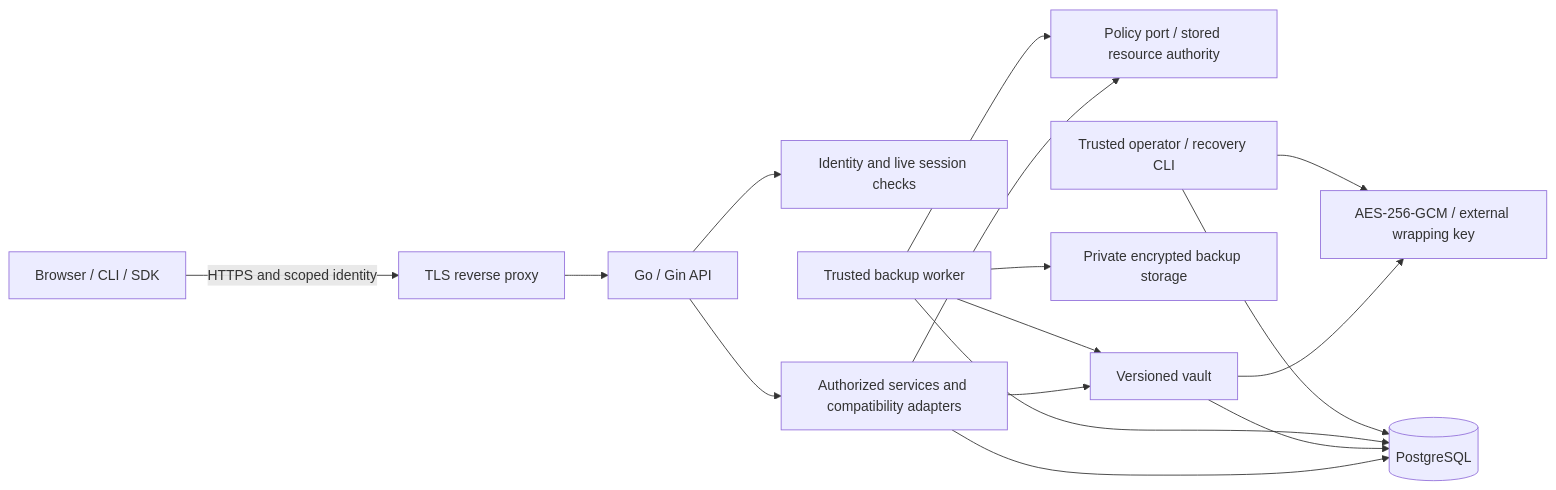
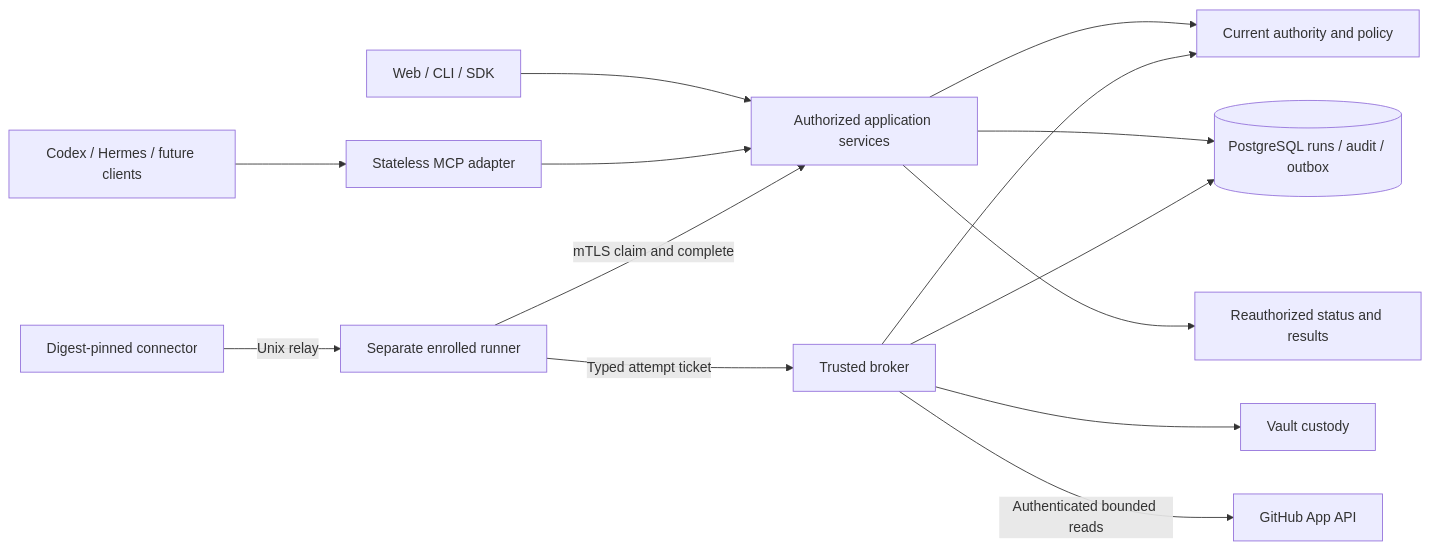
The diagram in docs/ARCHITECTURE.md (santapong/KeepSave), drawn with Mermaid before and after one commit. The commit also changed other lines of this file and 119 other files, not shown here.

Commit message:
docs: refresh KeepSave architecture, branding and project structure

````diff
--- a/docs/ARCHITECTURE.md
+++ b/docs/ARCHITECTURE.md
@@ -13,18 +20,16 @@
 ```mermaid
 flowchart LR
-    U[Browser / CLI / SDK] -->|HTTPS and scoped identity| E[TLS reverse proxy]
-    E --> API[Go / Gin API]
-    API --> ID[Identity and live session checks]
-    API --> S[Authorized services and compatibility adapters]
-    S --> P[Policy port / stored resource authority]
-    S --> V[Versioned vault]
-    V --> C[AES-256-GCM / external wrapping key]
-    S --> DB[(PostgreSQL)]
-    V --> DB
-    W[Trusted backup worker] --> P
-    W --> V
-    W --> DB
-    W --> B[Private encrypted backup storage]
-    CLI[Trusted operator / recovery CLI] --> DB
-    CLI --> C
+    H[Codex / Hermes / future clients] --> M[Stateless MCP adapter]
+    U[Web / CLI / SDK] --> S[Authorized application services]
+    M --> S
+    S --> P[Current authority and policy]
+    S --> D[(PostgreSQL runs / audit / outbox)]
+    R[Separate enrolled runner] -->|mTLS claim and complete| S
+    C[Digest-pinned connector] -->|Unix relay| R
+    R -->|Typed attempt ticket| B[Trusted broker]
+    B --> P
+    B --> V[Vault custody]
+    B -->|Authenticated bounded reads| G[GitHub App API]
+    B --> D
+    S --> E[Reauthorized status and results]
 ```
````
